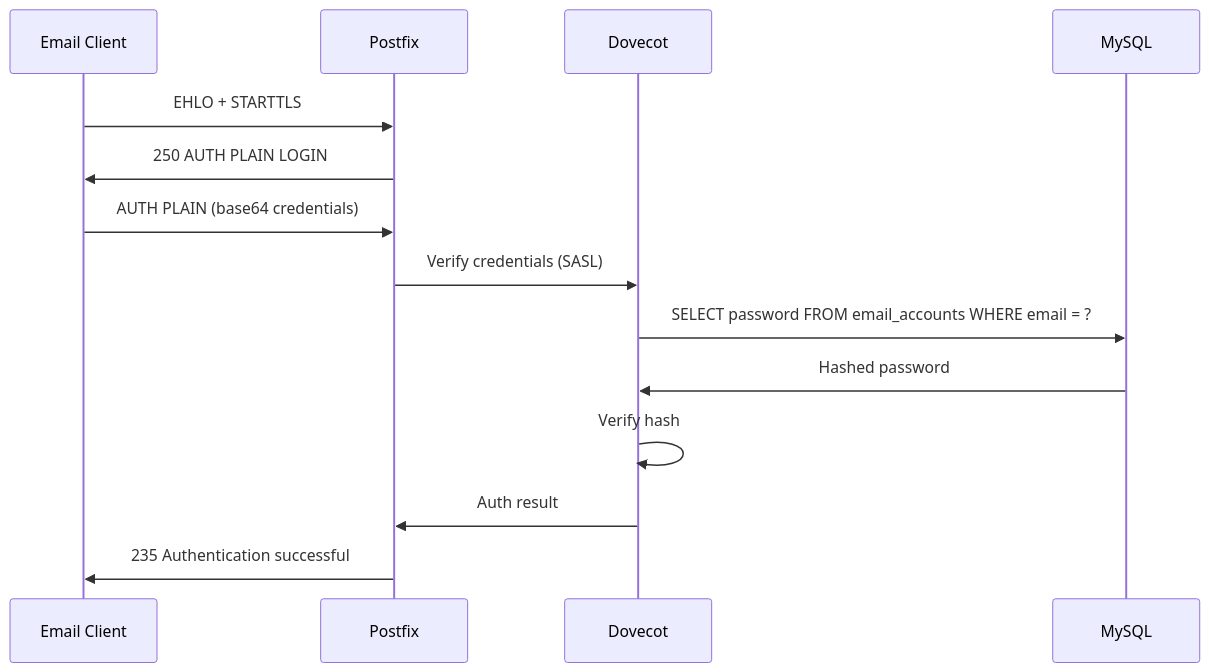
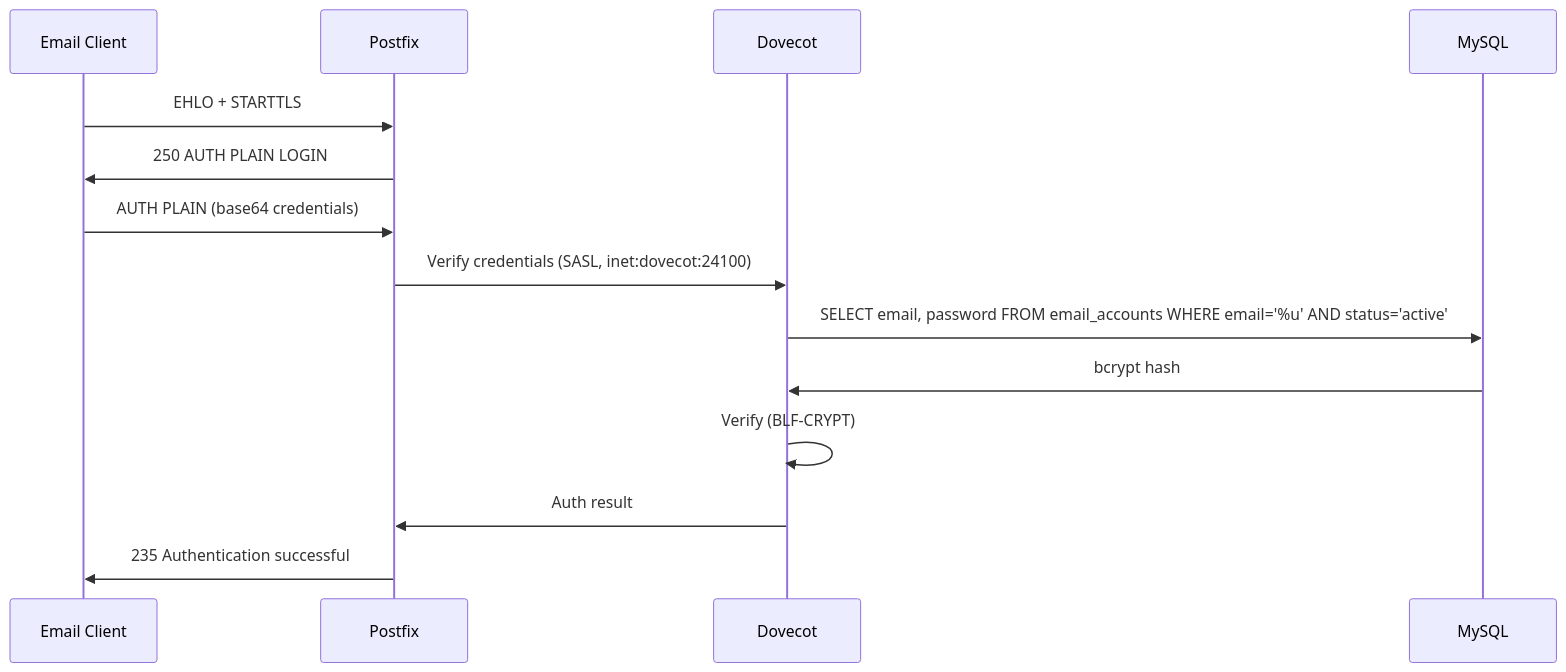
One commit to Techies-Africa/mailyte-mail-server-community changed the diagram in docs/security/authentication.md. Above: the diagram before and after it, drawn with Mermaid. The commit also changed other lines of this file and 481 other files, not shown here.

````diff
--- a/docs/security/authentication.md
+++ b/docs/security/authentication.md
@@ -89,17 +72,17 @@
 ```mermaid
 sequenceDiagram
     participant Client as Email Client
     participant Postfix
     participant Dovecot
     participant MySQL
 
     Client->>Postfix: EHLO + STARTTLS
     Postfix->>Client: 250 AUTH PLAIN LOGIN
     Client->>Postfix: AUTH PLAIN (base64 credentials)
-    Postfix->>Dovecot: Verify credentials (SASL)
-    Dovecot->>MySQL: SELECT password FROM email_accounts WHERE email = ?
-    MySQL->>Dovecot: Hashed password
-    Dovecot->>Dovecot: Verify hash
+    Postfix->>Dovecot: Verify credentials (SASL, inet:dovecot:24100)
+    Dovecot->>MySQL: SELECT email, password FROM email_accounts WHERE email='%u' AND status='active'
+    MySQL->>Dovecot: bcrypt hash
+    Dovecot->>Dovecot: Verify (BLF-CRYPT)
     Dovecot->>Postfix: Auth result
     Postfix->>Client: 235 Authentication successful
 ```
````
